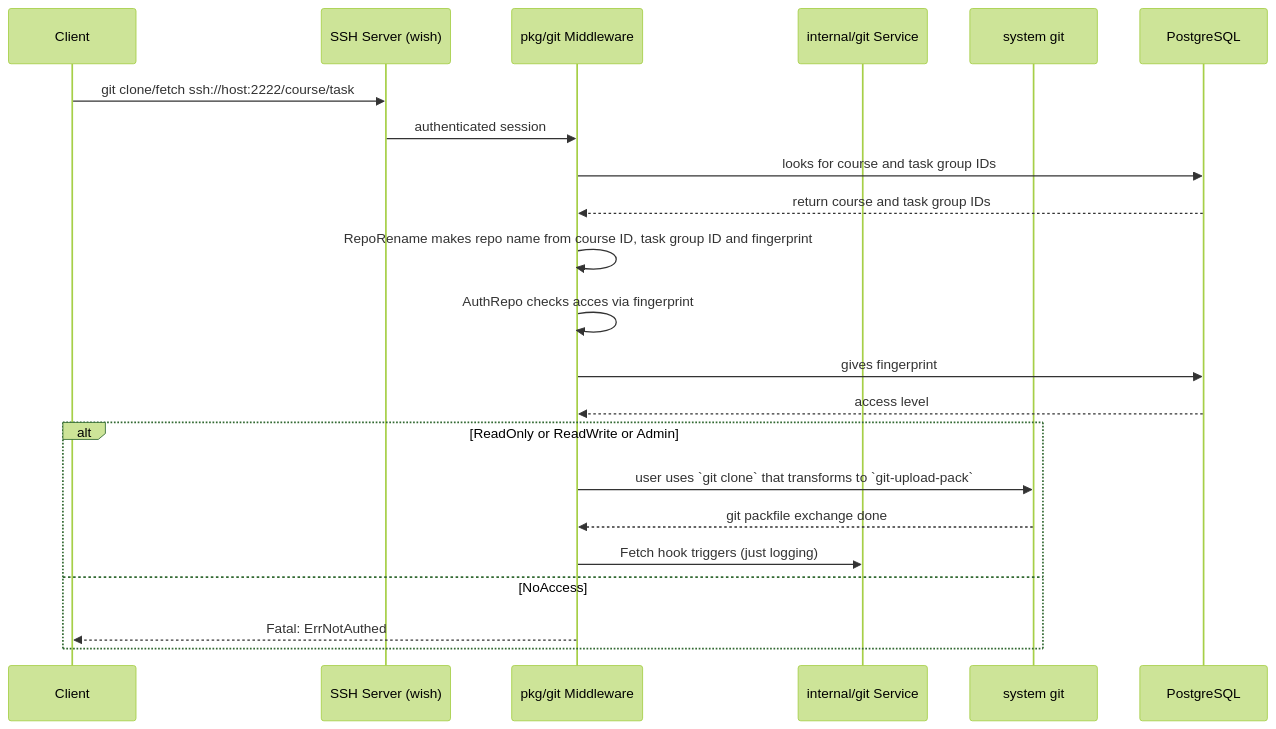
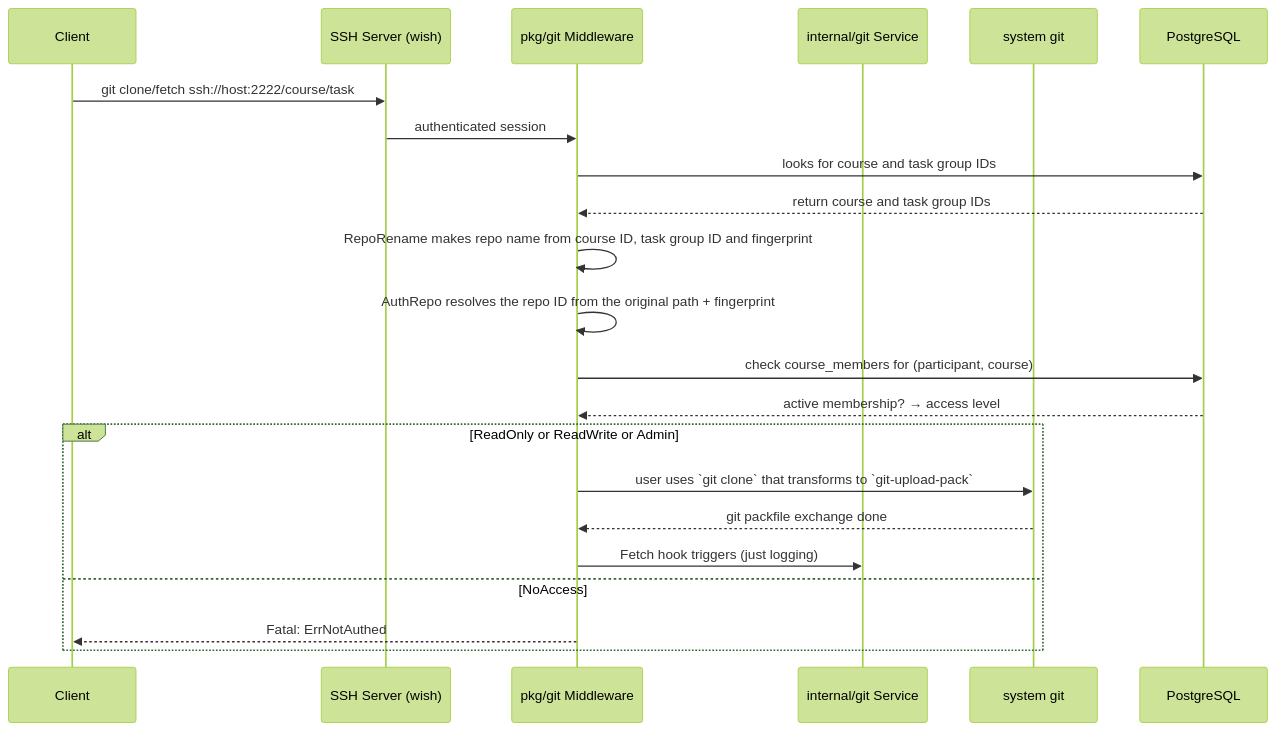
The second of 2 diagrams in internal/git/README.md (dsc-sgu/mm-backend), drawn with Mermaid (forest theme) before and after one commit. The commit also changed other lines of this file and 6 other files, not shown here.

Commit message:
fix: auth repo

````diff
--- a/internal/git/README.md
+++ b/internal/git/README.md
@@ -48,25 +48,25 @@
 ```mermaid
 sequenceDiagram
     participant C as Client
     participant SSH as SSH Server (wish)
     participant MW as pkg/git Middleware
     participant Svc as internal/git Service
     participant Git as system git
     participant DB as PostgreSQL
 
     C->>SSH: git clone/fetch ssh://host:2222/course/task
     SSH->>MW: authenticated session
     MW->>DB: looks for course and task group IDs
     DB-->>MW: return course and task group IDs
     MW->>MW: RepoRename makes repo name from course ID, task group ID and fingerprint
-    MW->>MW: AuthRepo checks acces via fingerprint
-    MW->>DB: gives fingerprint     
-    DB-->>MW: access level
+    MW->>MW: AuthRepo resolves the repo ID from the original path + fingerprint
+    MW->>DB: check course_members for (participant, course)
+    DB-->>MW: active membership? → access level
     alt ReadOnly or ReadWrite or Admin
         MW->>Git: user uses `git clone` that transforms to `git-upload-pack`        
         Git-->>MW: git packfile exchange done
         MW->>Svc: Fetch hook triggers (just logging)
     else NoAccess
         MW-->>C: Fatal: ErrNotAuthed
     end
 ```
````
